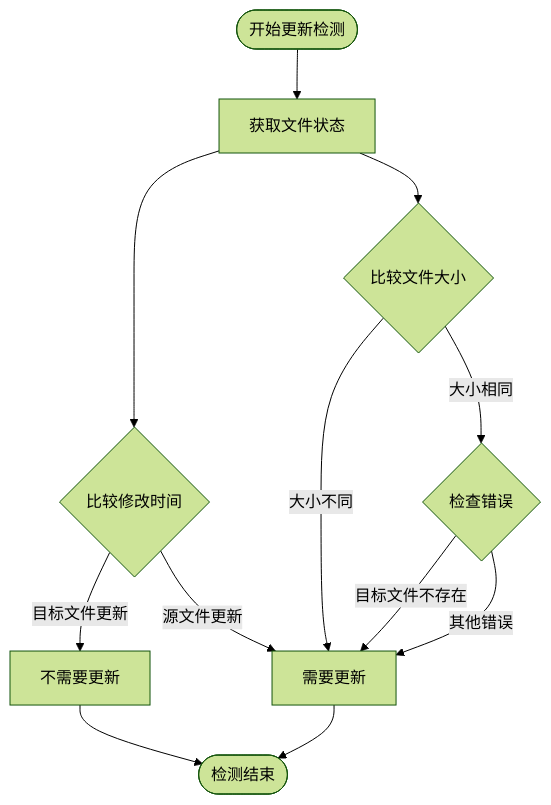
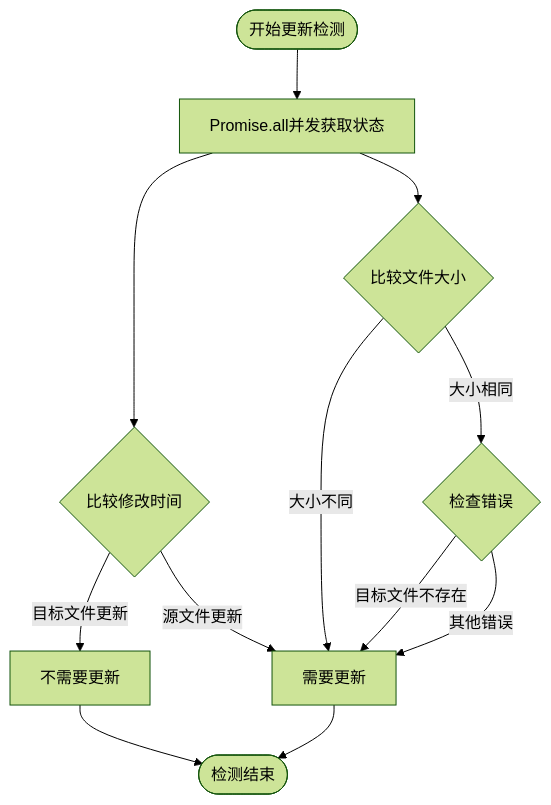
The fourth of 7 diagrams in .qoder/repowiki/zh/content/工具模块/文件系统工具.md (MengXi-Studio/vite-plugin), drawn with Mermaid (forest theme) before and after one commit. The commit also changed other lines of this file and 8 other files, not shown here.

````diff
--- a/.qoder/repowiki/zh/content/工具模块/文件系统工具.md
+++ b/.qoder/repowiki/zh/content/工具模块/文件系统工具.md
@@ -197,14 +237,14 @@
 ```mermaid
 flowchart TD
-Start([开始更新检测]) --> GetStats[获取文件状态]
-GetStats --> CompareTime{比较修改时间}
+Start([开始更新检测]) --> ConcurrentStat[Promise.all并发获取状态]
+ConcurrentStat --> CompareTime{比较修改时间}
 CompareTime --> |源文件更新| NeedUpdate[需要更新]
 CompareTime --> |目标文件更新| NoNeedUpdate[不需要更新]
-GetStats --> CompareSize{比较文件大小}
+ConcurrentStat --> CompareSize{比较文件大小}
 CompareSize --> |大小不同| NeedUpdate
 CompareSize --> |大小相同| CheckError{检查错误}
 CheckError --> |目标文件不存在| NeedUpdate
 CheckError --> |其他错误| NeedUpdate
 NoNeedUpdate --> End([检测结束])
 NeedUpdate --> End
 ```
````
